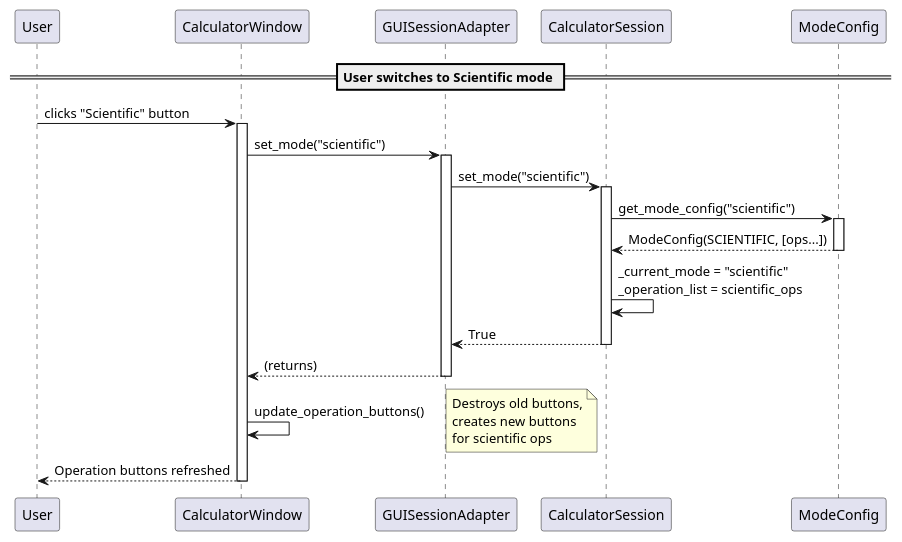
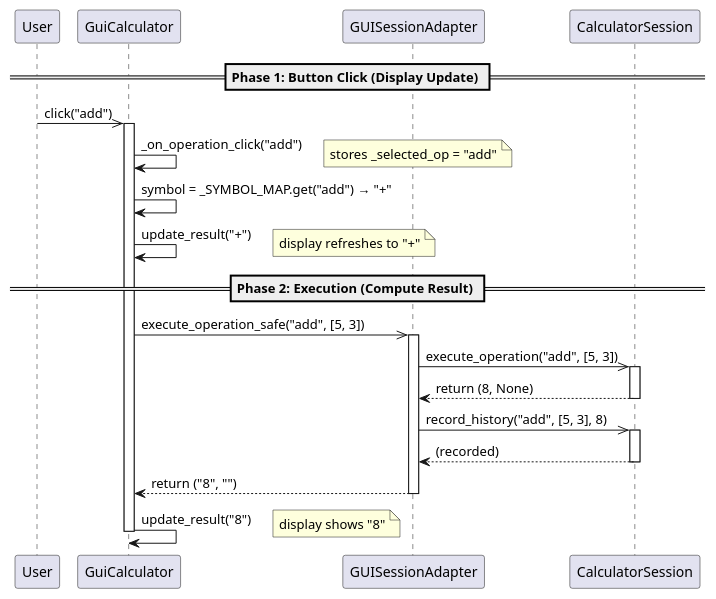
The diagram in artifacts/sequence_gui_mode_switch.puml (DanielRiha8906/Calculator_bachelor_autoevolution_team), drawn with PlantUML before and after one commit. The commit also changed 3 other files, not shown here.

Commit message:
docs: update GUI diagrams for iOS calculator redesign

```diff
--- a/artifacts/sequence_gui_mode_switch.puml
+++ b/artifacts/sequence_gui_mode_switch.puml
@@ -1,38 +1,45 @@
 @startuml sequence_gui_mode_switch
 
 participant User
-participant CalculatorWindow
+participant GuiCalculator
 participant GUISessionAdapter
 participant CalculatorSession
-participant ModeConfig
 
-== User switches to Scientific mode ==
+== Phase 1: Button Click (Display Update) ==
 
-User -> CalculatorWindow : clicks "Scientific" button
-activate CalculatorWindow
+User ->> GuiCalculator : click("add")
+activate GuiCalculator
 
-CalculatorWindow -> GUISessionAdapter : set_mode("scientific")
+GuiCalculator -> GuiCalculator : _on_operation_click("add")
+note right: stores _selected_op = "add"
+
+GuiCalculator -> GuiCalculator : symbol = _SYMBOL_MAP.get("add") → "+"
+
+GuiCalculator -> GuiCalculator : update_result("+")
+note right: display refreshes to "+"
+
+== Phase 2: Execution (Compute Result) ==
+
+GuiCalculator ->> GUISessionAdapter : execute_operation_safe("add", [5, 3])
 activate GUISessionAdapter
 
-GUISessionAdapter -> CalculatorSession : set_mode("scientific")
+GUISessionAdapter ->> CalculatorSession : execute_operation("add", [5, 3])
 activate CalculatorSession
 
-CalculatorSession -> ModeConfig : get_mode_config("scientific")
-activate ModeConfig
-ModeConfig --> CalculatorSession : ModeConfig(SCIENTIFIC, [ops...])
-deactivate ModeConfig
-
-CalculatorSession -> CalculatorSession : _current_mode = "scientific"\n_operation_list = scientific_ops
-CalculatorSession --> GUISessionAdapter : True
+CalculatorSession --> GUISessionAdapter : return (8, None)
 deactivate CalculatorSession
 
-GUISessionAdapter --> CalculatorWindow : (returns)
+GUISessionAdapter ->> CalculatorSession : record_history("add", [5, 3], 8)
+activate CalculatorSession
+CalculatorSession --> GUISessionAdapter : (recorded)
+deactivate CalculatorSession
+
+GUISessionAdapter --> GuiCalculator : return ("8", "")
 deactivate GUISessionAdapter
 
-CalculatorWindow -> CalculatorWindow : update_operation_buttons()
-note right: Destroys old buttons,\ncreates new buttons\nfor scientific ops
+GuiCalculator -> GuiCalculator : update_result("8")
+note right: display shows "8"
 
-CalculatorWindow --> User : Operation buttons refreshed
-deactivate CalculatorWindow
+deactivate GuiCalculator
 
 @enduml
```
